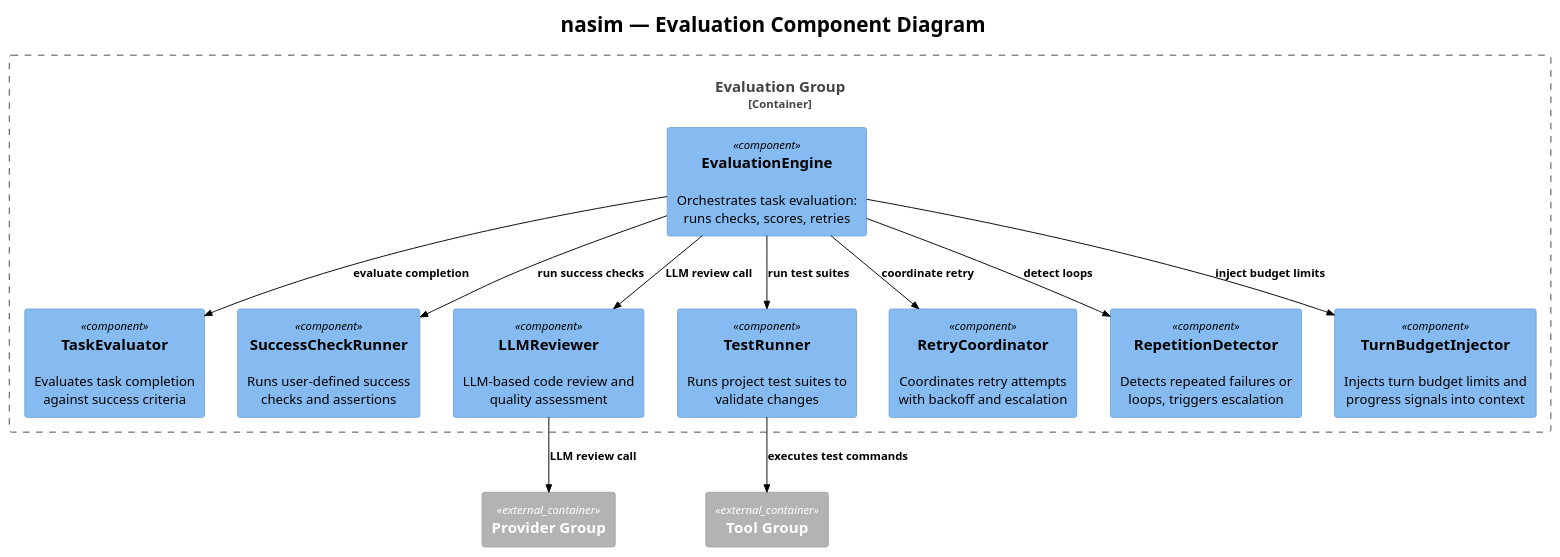
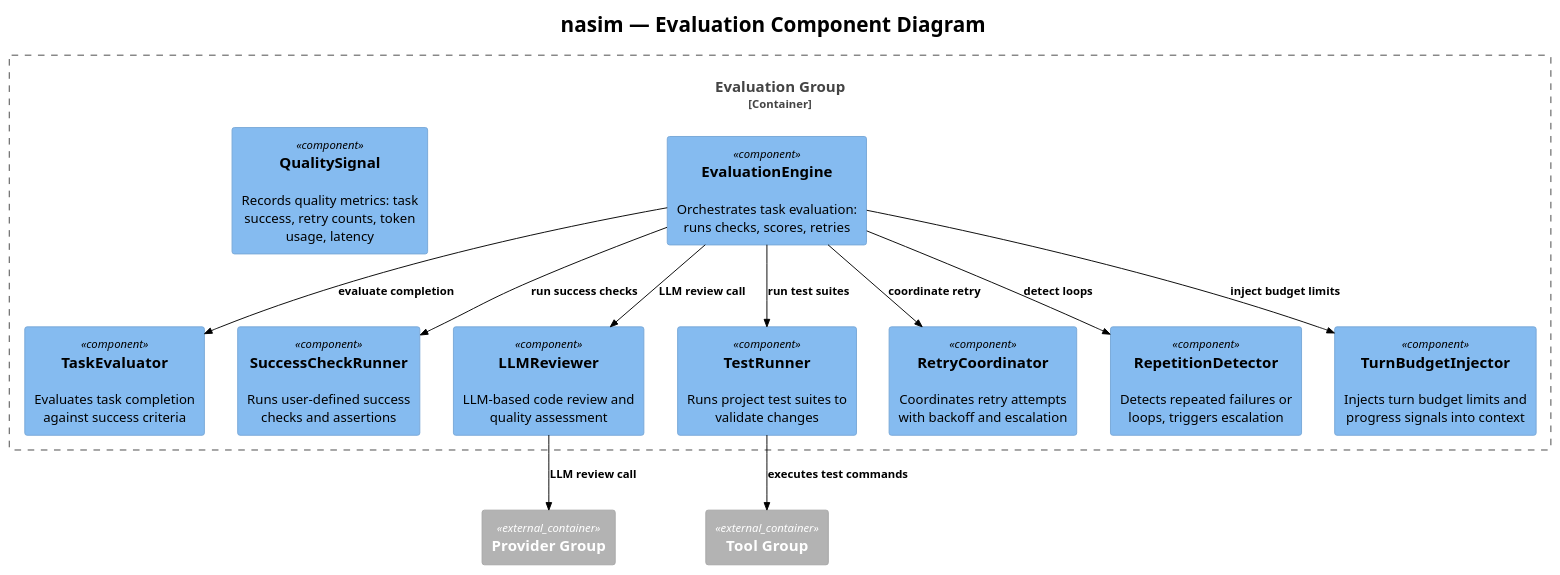
Before and after one commit to salimnamvar/nasim: the diagram in docs/C4/c4_nasim_component_evaluation.puml, drawn with PlantUML. The commit also changed 9 other files, not shown here.

First line of the commit message:
docs: Refactor SM documentation and lifecycle diagrams for consistency and clarity

```diff
--- a/docs/C4/c4_nasim_component_evaluation.puml
+++ b/docs/C4/c4_nasim_component_evaluation.puml
@@ -1,42 +1,43 @@
 @startuml c4_nasim_component_evaluation
 !include https://raw.githubusercontent.com/plantuml-stdlib/C4-PlantUML/v2.10.0/C4_Component.puml
 !theme plain
 
 
 ' ============================================================
 ' Title:     nasim — Evaluation Component Diagram
 ' Boundary:  nasim core library — Evaluation group
 ' Purpose:   Task evaluation: success checks, LLM review, testing, retry coordination
 ' Milestone: v1.0
 ' Version:   6.0.0
 ' Source:    docs/audit/audit.2026.06.20.deep.domain.audit.md
 ' Review:    —
 ' ============================================================
 
 title nasim — Evaluation Component Diagram
 
 Container_Boundary(evaluation_boundary, "Evaluation Group") {
     Component(eval_engine, "EvaluationEngine", "", "Orchestrates task evaluation: runs checks, scores, retries")
     Component(task_evaluator, "TaskEvaluator", "", "Evaluates task completion against success criteria")
     Component(success_check_runner, "SuccessCheckRunner", "", "Runs user-defined success checks and assertions")
     Component(llm_reviewer, "LLMReviewer", "", "LLM-based code review and quality assessment")
     Component(test_runner, "TestRunner", "", "Runs project test suites to validate changes")
     Component(retry_coordinator, "RetryCoordinator", "", "Coordinates retry attempts with backoff and escalation")
     Component(repetition_detector, "RepetitionDetector", "", "Detects repeated failures or loops, triggers escalation")
     Component(turn_budget_injector, "TurnBudgetInjector", "", "Injects turn budget limits and progress signals into context")
+    Component(quality_signal, "QualitySignal", "", "Records quality metrics: task success, retry counts, token usage, latency")
 }
 
 Container_Ext(provider_group, "Provider Group")
 Container_Ext(tool_group, "Tool Group")
 
 Rel(eval_engine, task_evaluator, "evaluate completion")
 Rel(eval_engine, success_check_runner, "run success checks")
 Rel(eval_engine, llm_reviewer, "LLM review call")
 Rel(eval_engine, test_runner, "run test suites")
 Rel(eval_engine, retry_coordinator, "coordinate retry")
 Rel(eval_engine, repetition_detector, "detect loops")
 Rel(eval_engine, turn_budget_injector, "inject budget limits")
 Rel(llm_reviewer, provider_group, "LLM review call")
 Rel(test_runner, tool_group, "executes test commands")
 
 @enduml
```
